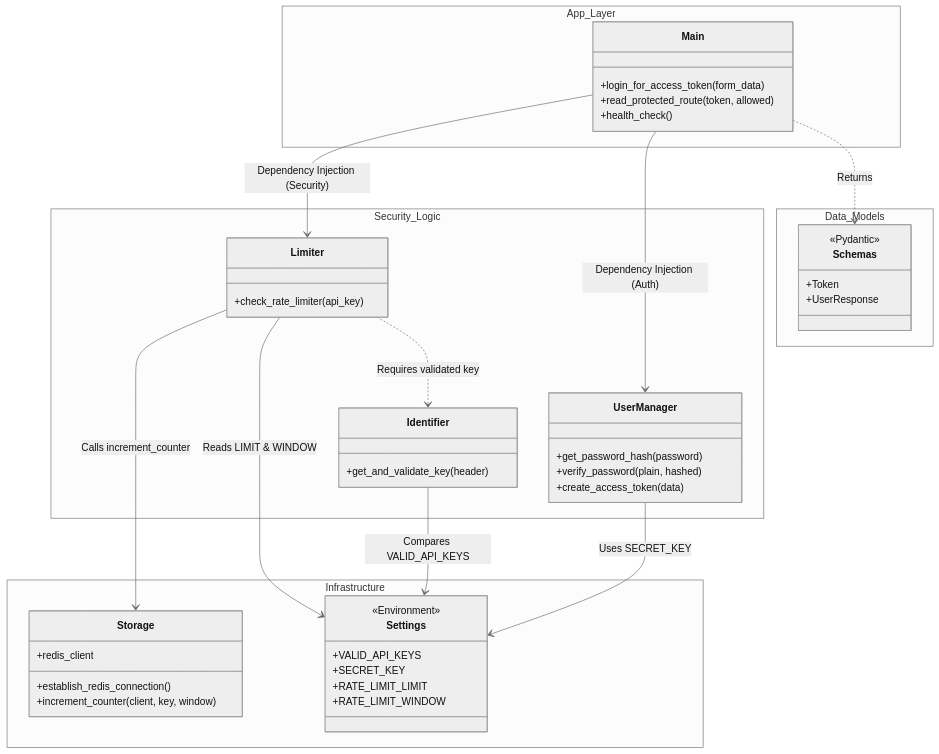
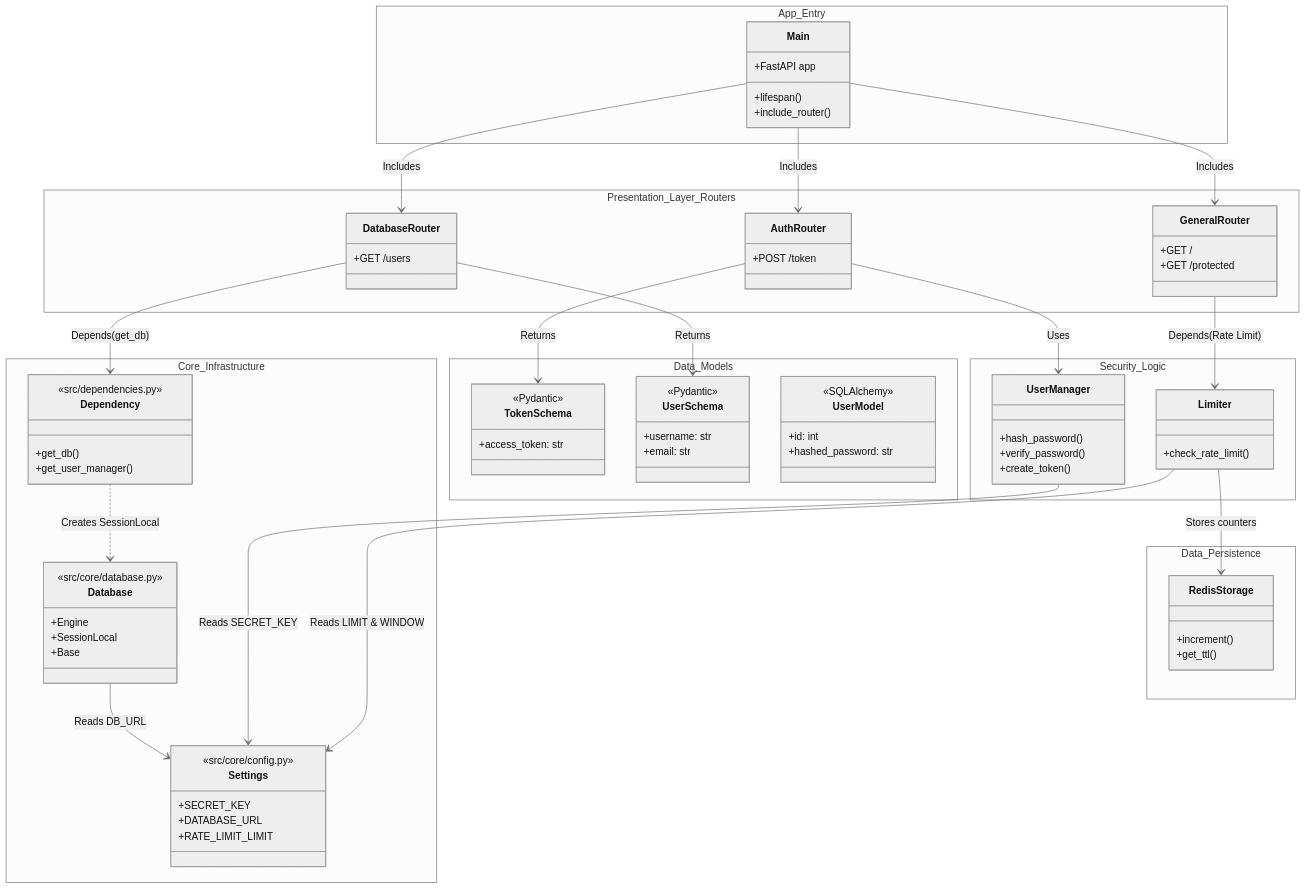
Before and after one commit to JonathanWindell/API-Shell: the diagram in diagrams/class_diagram_.md, drawn with Mermaid (neutral theme). The commit also changed 1 other file, not shown here.

Commit message:
Revised diagrams to better represent current structure

````diff
--- a/diagrams/class_diagram_.md
+++ b/diagrams/class_diagram_.md
@@ -1,60 +1,103 @@
 ```mermaid
     classDiagram
+    %% --- RELATIONSHIPS ---
 
-    Main ..> Schemas : Returns
-    Main --> UserManager : Dependency Injection (Auth)
-    Main --> Limiter : Dependency Injection (Security)
+    %% Main binds everything together
+    Main --> AuthRouter : Includes
+    Main --> DatabaseRouter : Includes
+    Main --> GeneralRouter : Includes
 
-    Limiter ..> Identifier : Requires validated key
-    Limiter --> Storage : Calls increment_counter
+    %% Routers use Dependencies & Logic
+    AuthRouter --> UserManager : Uses
+    AuthRouter --> TokenSchema : Returns
+    
+    DatabaseRouter --> Dependency : Depends(get_db)
+    DatabaseRouter --> UserSchema : Returns
+
+    GeneralRouter --> Limiter : Depends(Rate Limit)
+
+    %% Core Infrastructure
+    Dependency ..> Database : Creates SessionLocal
+    Database --> Settings : Reads DB_URL
+    UserManager --> Settings : Reads SECRET_KEY
     Limiter --> Settings : Reads LIMIT & WINDOW
+    Limiter --> RedisStorage : Stores counters
 
-    Identifier --> Settings : Compares VALID_API_KEYS
-    UserManager --> Settings : Uses SECRET_KEY
+    %% --- DEFINITIONS ---
 
-    namespace App_Layer {
+    namespace App_Entry {
         class Main {
-            +login_for_access_token(form_data)
-            +read_protected_route(token, allowed)
-            +health_check()
+            +FastAPI app
+            +lifespan()
+            +include_router()
+        }
+    }
+
+    namespace Presentation_Layer_Routers {
+        class AuthRouter {
+            +POST /token
+        }
+        class DatabaseRouter {
+            +GET /users
+        }
+        class GeneralRouter {
+            +GET /
+            +GET /protected
+        }
+    }
+
+    namespace Core_Infrastructure {
+        class Settings {
+            <<src/core/config.py>>
+            +SECRET_KEY
+            +DATABASE_URL
+            +RATE_LIMIT_LIMIT
+        }
+        class Database {
+            <<src/core/database.py>>
+            +Engine
+            +SessionLocal
+            +Base
+        }
+        class Dependency {
+            <<src/dependencies.py>>
+            +get_db()
+            +get_user_manager()
         }
     }
 
     namespace Security_Logic {
         class UserManager {
-            +get_password_hash(password)
-            +verify_password(plain, hashed)
-            +create_access_token(data)
+            +hash_password()
+            +verify_password()
+            +create_token()
         }
         class Limiter {
-            +check_rate_limiter(api_key)
-        }
-        class Identifier {
-            +get_and_validate_key(header)
+            +check_rate_limit()
         }
     }
 
-    namespace Infrastructure {
-        class Storage {
-            +redis_client
-            +establish_redis_connection()
-            +increment_counter(client, key, window)
-        }
-        class Settings {
-            <<Environment>>
-            +VALID_API_KEYS
-            +SECRET_KEY
-            +RATE_LIMIT_LIMIT
-            +RATE_LIMIT_WINDOW
+    namespace Data_Persistence {
+        class RedisStorage {
+            +increment()
+            +get_ttl()
         }
     }
 
     namespace Data_Models {
-        class Schemas {
+        class UserSchema {
             <<Pydantic>>
-            +Token
-            +UserResponse
+            +username: str
+            +email: str
+        }
+        class TokenSchema {
+            <<Pydantic>>
+            +access_token: str
+        }
+        class UserModel {
+            <<SQLAlchemy>>
+            +id: int
+            +hashed_password: str
         }
     }
-
 ```
````
